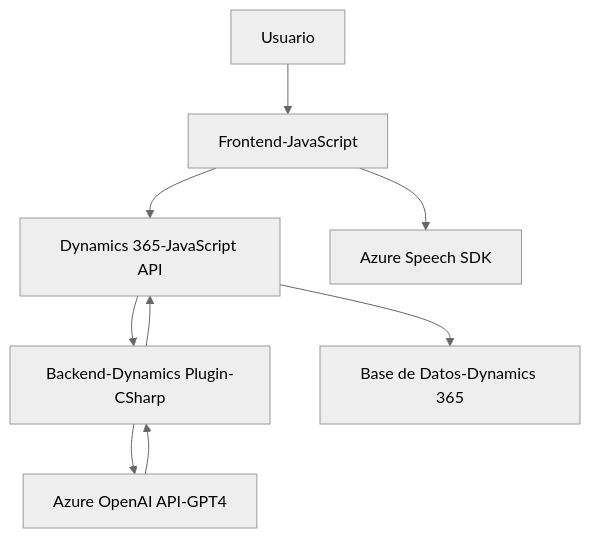
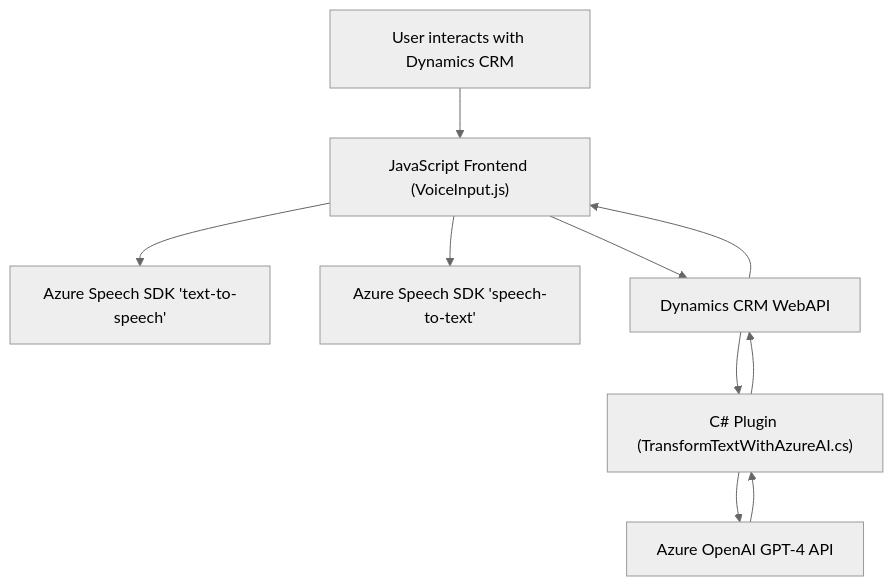
The diagram in README.md (blopezdm/NETCORE_BILBAO2025), drawn with Mermaid (neutral theme) before and after one commit. The commit also changed other lines of this file, not shown here.

````diff
--- a/README.md
+++ b/README.md
@@ -43,11 +47,12 @@
 ```mermaid
 graph TD
-    A["Usuario"] --> B["Frontend-JavaScript"]
-    B["Frontend-JavaScript"] --> C["Dynamics 365-JavaScript API"]
-    B["Frontend-JavaScript"] --> D["Azure Speech SDK"]
-    C["Dynamics 365-JavaScript API"] --> E["Backend-Dynamics Plugin-CSharp"]
-    E["Backend-Dynamics Plugin-CSharp"] --> F["Azure OpenAI API-GPT4"]
-    F["Azure OpenAI API-GPT4"] --> E
-    E --> C
-    C --> G["Base de Datos-Dynamics 365"]
+  A["User interacts with Dynamics CRM"] --> B["JavaScript Frontend (VoiceInput.js)"]
+  B --> C["Azure Speech SDK 'text-to-speech'"]
+  B --> D["Azure Speech SDK 'speech-to-text'"]
+  B --> E["Dynamics CRM WebAPI"]
+  E --> F["C# Plugin (TransformTextWithAzureAI.cs)"]
+  F --> G["Azure OpenAI GPT-4 API"]
+  G --> F
+  F --> E
+  E --> B
 ```
````
